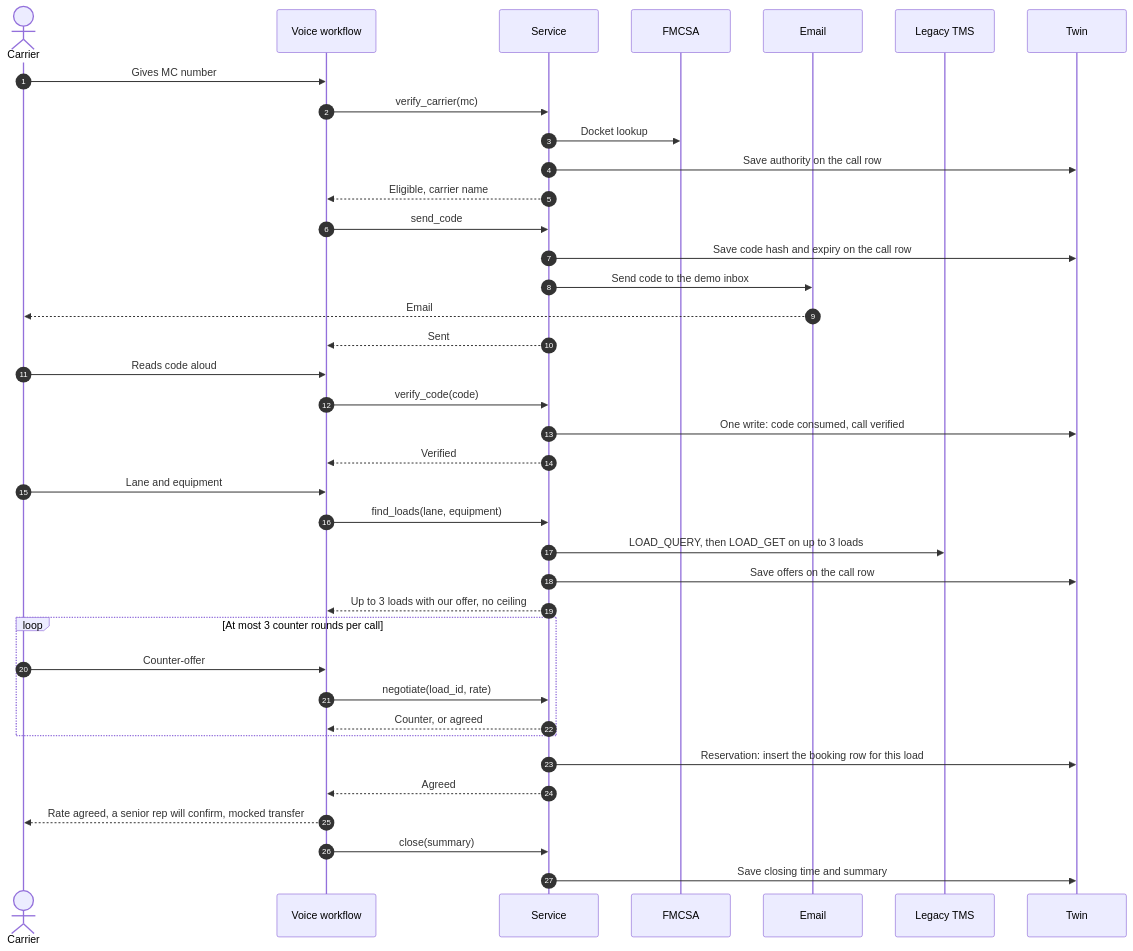
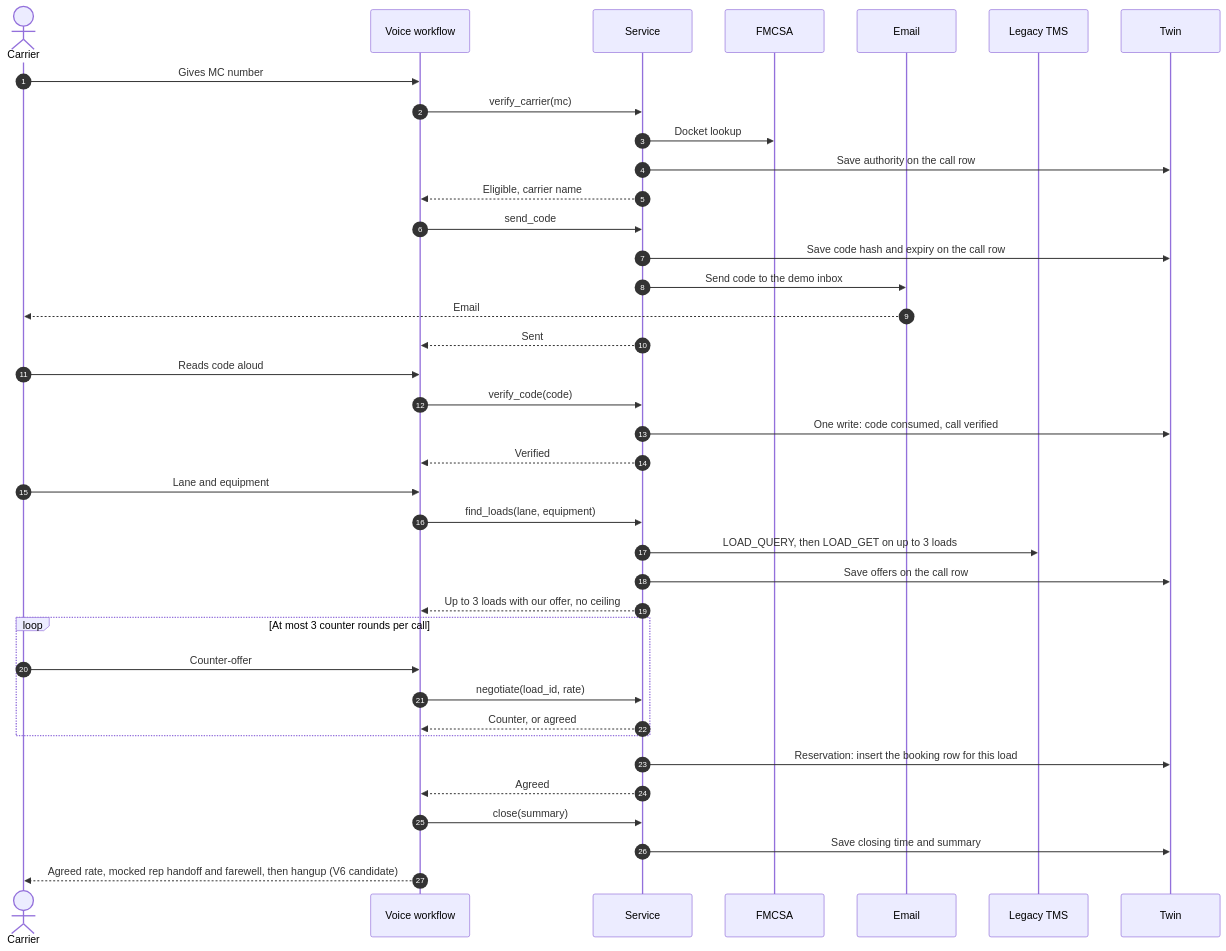
Before and after one commit to sgon0181/happyrobot-inbound-carrier-sales: the second of 4 diagrams in ARCHITECTURE.md, drawn with Mermaid. The commit also changed other lines of this file and 12 other files, not shown here.

````diff
--- a/ARCHITECTURE.md
+++ b/ARCHITECTURE.md
@@ -81,45 +81,45 @@
 ```mermaid
 sequenceDiagram
     autonumber
     actor C as Carrier
     participant A as Voice workflow
     participant S as Service
     participant F as FMCSA
     participant N as Email
     participant T as Legacy TMS
     participant D as Twin
 
     C->>A: Gives MC number
     A->>S: verify_carrier(mc)
     S->>F: Docket lookup
     S->>D: Save authority on the call row
     S-->>A: Eligible, carrier name
 
     A->>S: send_code
     S->>D: Save code hash and expiry on the call row
     S->>N: Send code to the demo inbox
     N-->>C: Email
     S-->>A: Sent
     C->>A: Reads code aloud
     A->>S: verify_code(code)
     S->>D: One write: code consumed, call verified
     S-->>A: Verified
 
     C->>A: Lane and equipment
     A->>S: find_loads(lane, equipment)
     S->>T: LOAD_QUERY, then LOAD_GET on up to 3 loads
     S->>D: Save offers on the call row
     S-->>A: Up to 3 loads with our offer, no ceiling
 
     loop At most 3 counter rounds per call
         C->>A: Counter-offer
         A->>S: negotiate(load_id, rate)
         S-->>A: Counter, or agreed
     end
 
     S->>D: Reservation: insert the booking row for this load
     S-->>A: Agreed
-    A-->>C: Rate agreed, a senior rep will confirm, mocked transfer
     A->>S: close(summary)
     S->>D: Save closing time and summary
+    A-->>C: Agreed rate, mocked rep handoff and farewell, then hangup (V6 candidate)
 ```
````
